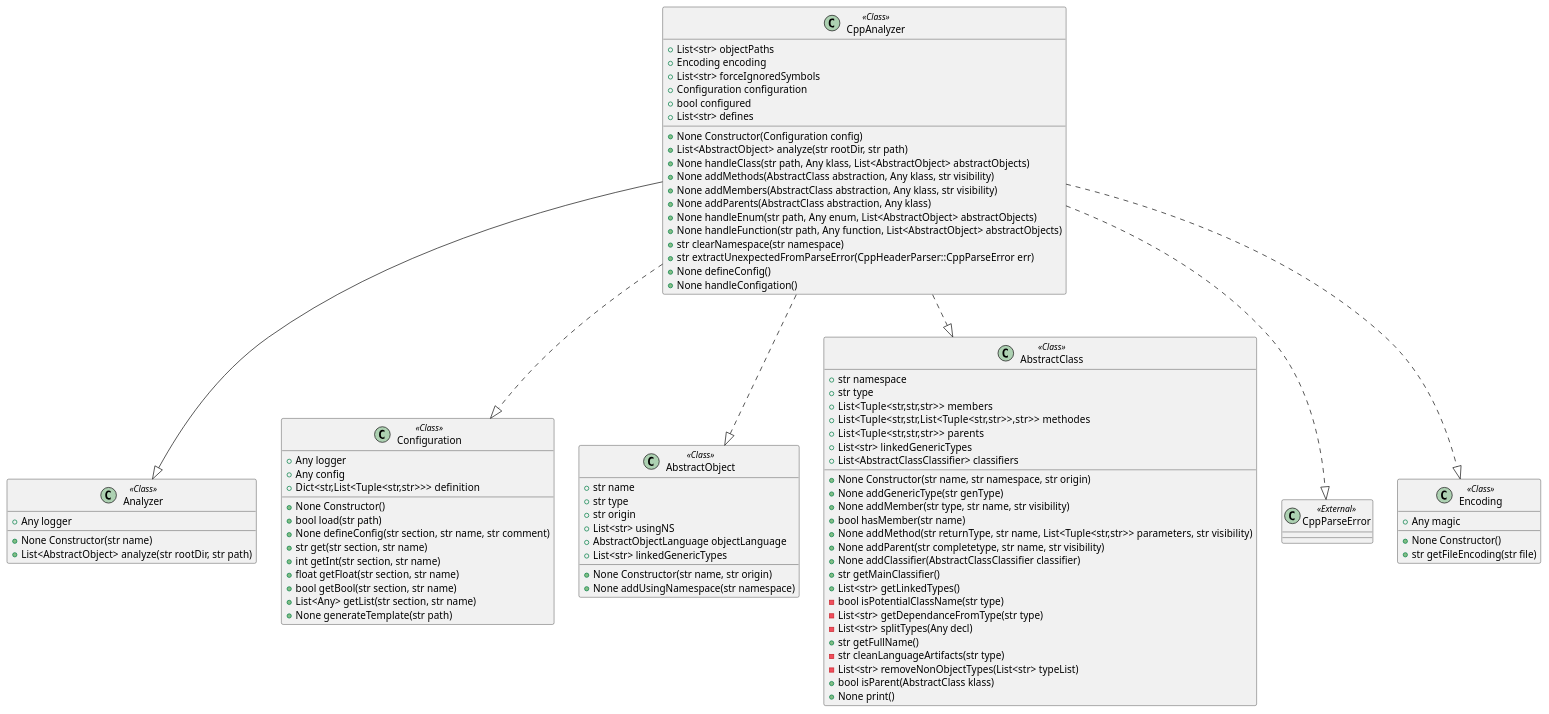
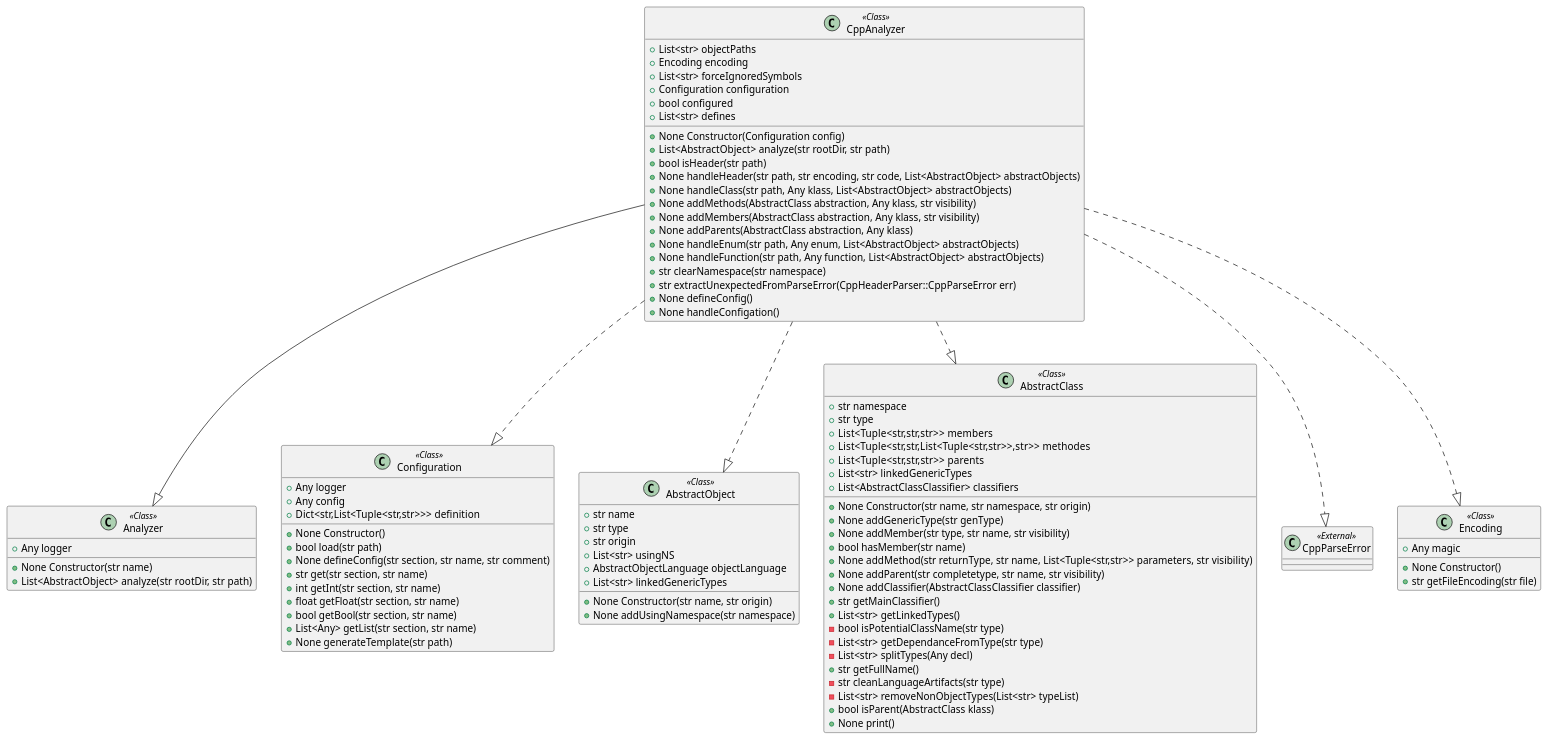
The diagram in docs/source/code/diagrams/pycodeanalyzer_core_languages_analyzers_cppanalyzer_CppAnalyzer.plantuml (miong/pycodeanalyzer), drawn with PlantUML before and after one commit. The commit also changed 5 other files, not shown here.

```diff
--- a/docs/source/code/diagrams/pycodeanalyzer_core_languages_analyzers_cppanalyzer_CppAnalyzer.plantuml
+++ b/docs/source/code/diagrams/pycodeanalyzer_core_languages_analyzers_cppanalyzer_CppAnalyzer.plantuml
@@ -1,95 +1,97 @@
 @startuml
 class CppAnalyzer <<Class>>
 {
 + List<str> objectPaths
 + Encoding encoding
 + List<str> forceIgnoredSymbols
 + Configuration configuration
 + bool configured
 + List<str> defines
 +None Constructor(Configuration config)
 +List<AbstractObject> analyze(str rootDir, str path)
++bool isHeader(str path)
++None handleHeader(str path, str encoding, str code, List<AbstractObject> abstractObjects)
 +None handleClass(str path, Any klass, List<AbstractObject> abstractObjects)
 +None addMethods(AbstractClass abstraction, Any klass, str visibility)
 +None addMembers(AbstractClass abstraction, Any klass, str visibility)
 +None addParents(AbstractClass abstraction, Any klass)
 +None handleEnum(str path, Any enum, List<AbstractObject> abstractObjects)
 +None handleFunction(str path, Any function, List<AbstractObject> abstractObjects)
 +str clearNamespace(str namespace)
 +str extractUnexpectedFromParseError(CppHeaderParser::CppParseError err)
 +None defineConfig()
 +None handleConfigation()
 }
 class Analyzer <<Class>>
 {
 + Any logger
 +None Constructor(str name)
 +List<AbstractObject> analyze(str rootDir, str path)
 }
 class Configuration <<Class>>
 {
 + Any logger
 + Any config
 + Dict<str,List<Tuple<str,str>>> definition
 +None Constructor()
 +bool load(str path)
 +None defineConfig(str section, str name, str comment)
 +str get(str section, str name)
 +int getInt(str section, str name)
 +float getFloat(str section, str name)
 +bool getBool(str section, str name)
 +List<Any> getList(str section, str name)
 +None generateTemplate(str path)
 }
 class AbstractObject <<Class>>
 {
 + str name
 + str type
 + str origin
 + List<str> usingNS
 + AbstractObjectLanguage objectLanguage
 + List<str> linkedGenericTypes
 +None Constructor(str name, str origin)
 +None addUsingNamespace(str namespace)
 }
 class AbstractClass <<Class>>
 {
 + str namespace
 + str type
 + List<Tuple<str,str,str>> members
 + List<Tuple<str,str,List<Tuple<str,str>>,str>> methodes
 + List<Tuple<str,str,str>> parents
 + List<str> linkedGenericTypes
 + List<AbstractClassClassifier> classifiers
 +None Constructor(str name, str namespace, str origin)
 +None addGenericType(str genType)
 +None addMember(str type, str name, str visibility)
 +bool hasMember(str name)
 +None addMethod(str returnType, str name, List<Tuple<str,str>> parameters, str visibility)
 +None addParent(str completetype, str name, str visibility)
 +None addClassifier(AbstractClassClassifier classifier)
 +str getMainClassifier()
 +List<str> getLinkedTypes()
 -bool isPotentialClassName(str type)
 -List<str> getDependanceFromType(str type)
 -List<str> splitTypes(Any decl)
 +str getFullName()
 -str cleanLanguageArtifacts(str type)
 -List<str> removeNonObjectTypes(List<str> typeList)
 +bool isParent(AbstractClass klass)
 +None print()
 }
 class CppParseError <<External>>
 class Encoding <<Class>>
 {
 + Any magic
 +None Constructor()
 +str getFileEncoding(str file)
 }
 CppAnalyzer --|> Analyzer
 CppAnalyzer ..|> Configuration
 CppAnalyzer ..|> AbstractObject
 CppAnalyzer ..|> AbstractClass
 CppAnalyzer ..|> CppParseError
 CppAnalyzer ..|> Encoding
 @enduml
```
